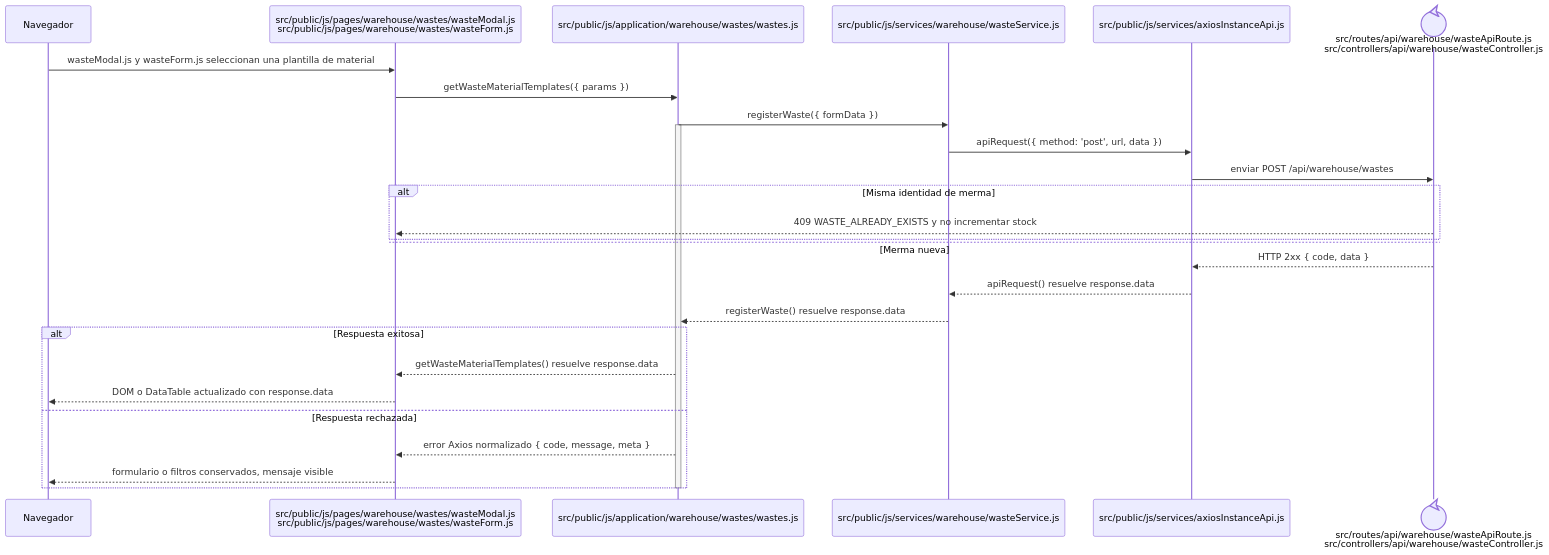
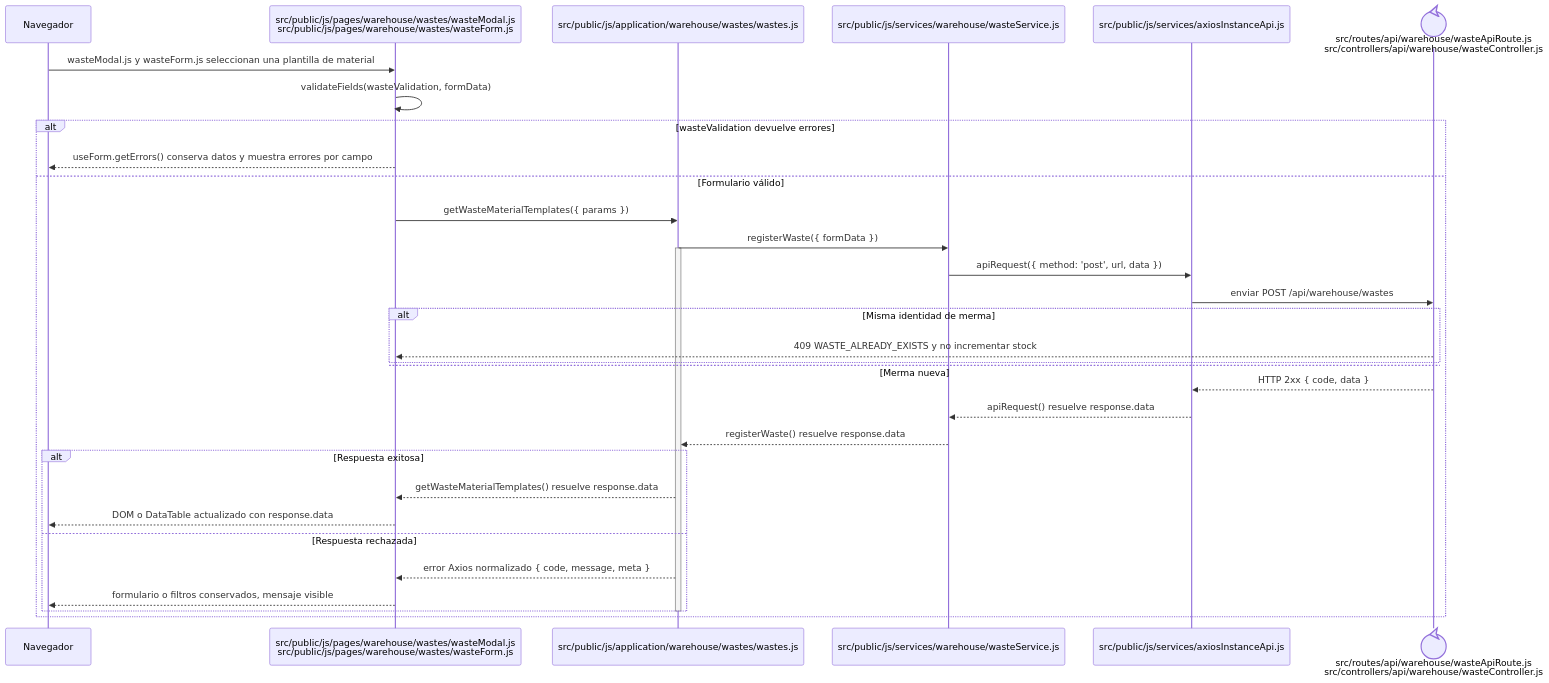
Before and after one commit to gpgsistemas01/nexus: the diagram in docs/architecture/frontend-code-sequences/catalogs/cu-alm-10.md, drawn with Mermaid. The commit also changed 102 other files, not shown here.

````diff
--- a/docs/architecture/frontend-code-sequences/catalogs/cu-alm-10.md
+++ b/docs/architecture/frontend-code-sequences/catalogs/cu-alm-10.md
@@ -6,31 +6,36 @@
 ```mermaid
 sequenceDiagram
     participant Browser as Navegador
     participant View as src/public/js/pages/warehouse/wastes/wasteModal.js<br/>src/public/js/pages/warehouse/wastes/wasteForm.js
     participant Application as src/public/js/application/warehouse/wastes/wastes.js
     participant Request as src/public/js/services/warehouse/wasteService.js
     participant HTTP as src/public/js/services/axiosInstanceApi.js
     participant Transport@{ "type": "control" } as src/routes/api/warehouse/wasteApiRoute.js<br/>src/controllers/api/warehouse/wasteController.js
 
     Browser->>View: wasteModal.js y wasteForm.js seleccionan una plantilla de material
-    View->>Application: getWasteMaterialTemplates({ params })
-    Application->>Request: registerWaste({ formData })
-    activate Application
-    Request->>HTTP: apiRequest({ method: 'post', url, data })
-    HTTP->>Transport: enviar POST /api/warehouse/wastes
-    alt Misma identidad de merma
-        Transport-->>View: 409 WASTE_ALREADY_EXISTS y no incrementar stock
-    else Merma nueva
+    View->>View: validateFields(wasteValidation, formData)
+    alt wasteValidation devuelve errores
+        View-->>Browser: useForm.getErrors() conserva datos y muestra errores por campo
+    else Formulario válido
+        View->>Application: getWasteMaterialTemplates({ params })
+        Application->>Request: registerWaste({ formData })
+        activate Application
+        Request->>HTTP: apiRequest({ method: 'post', url, data })
+        HTTP->>Transport: enviar POST /api/warehouse/wastes
+        alt Misma identidad de merma
+            Transport-->>View: 409 WASTE_ALREADY_EXISTS y no incrementar stock
+        else Merma nueva
+        end
+        Transport-->>HTTP: HTTP 2xx { code, data }
+        HTTP-->>Request: apiRequest() resuelve response.data
+        Request-->>Application: registerWaste() resuelve response.data
+        alt Respuesta exitosa
+            Application-->>View: getWasteMaterialTemplates() resuelve response.data
+            View-->>Browser: DOM o DataTable actualizado con response.data
+        else Respuesta rechazada
+            Application-->>View: error Axios normalizado { code, message, meta }
+            View-->>Browser: formulario o filtros conservados, mensaje visible
+        end
+        deactivate Application
     end
-    Transport-->>HTTP: HTTP 2xx { code, data }
-    HTTP-->>Request: apiRequest() resuelve response.data
-    Request-->>Application: registerWaste() resuelve response.data
-    alt Respuesta exitosa
-        Application-->>View: getWasteMaterialTemplates() resuelve response.data
-        View-->>Browser: DOM o DataTable actualizado con response.data
-    else Respuesta rechazada
-        Application-->>View: error Axios normalizado { code, message, meta }
-        View-->>Browser: formulario o filtros conservados, mensaje visible
-    end
-    deactivate Application
 ```
````
